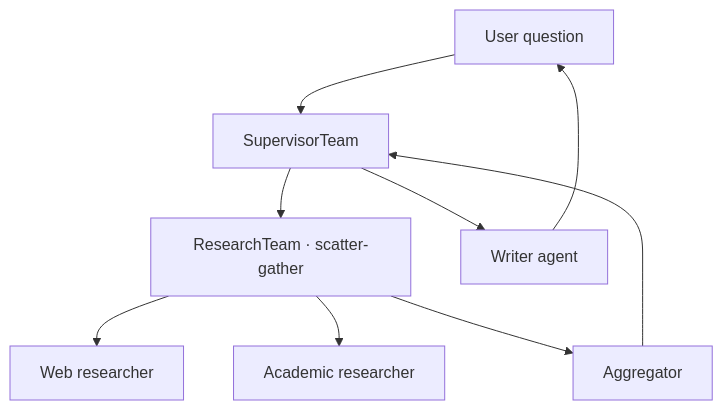
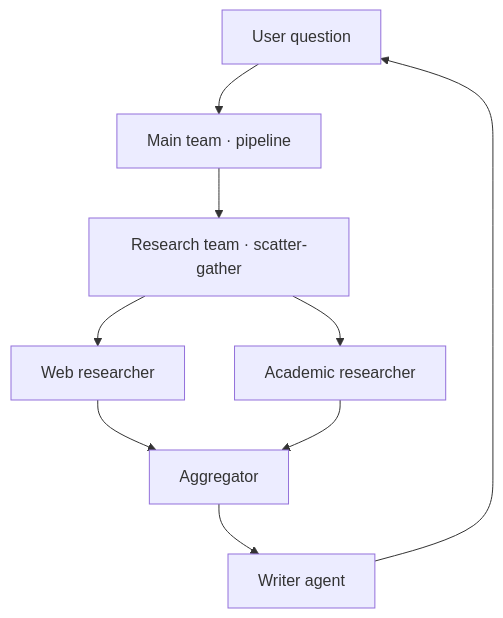
The diagram in docs/guides/multi-agent-team.md (lookatitude/beluga-ai), drawn with Mermaid before and after one commit. The commit also changed other lines of this file and 109 other files, not shown here.

````diff
--- a/docs/guides/multi-agent-team.md
+++ b/docs/guides/multi-agent-team.md
@@ -9,11 +9,11 @@
 ```mermaid
 graph TD
-  U[User question] --> S[SupervisorTeam]
-  S --> RT[ResearchTeam · scatter-gather]
+  U[User question] --> M[Main team · pipeline]
+  M --> RT[Research team · scatter-gather]
   RT --> R1[Web researcher]
   RT --> R2[Academic researcher]
-  RT --> Agg[Aggregator]
-  Agg --> S
-  S --> W[Writer agent]
+  R1 --> Agg[Aggregator]
+  R2 --> Agg
+  Agg --> W[Writer agent]
   W --> U
 ```
````
